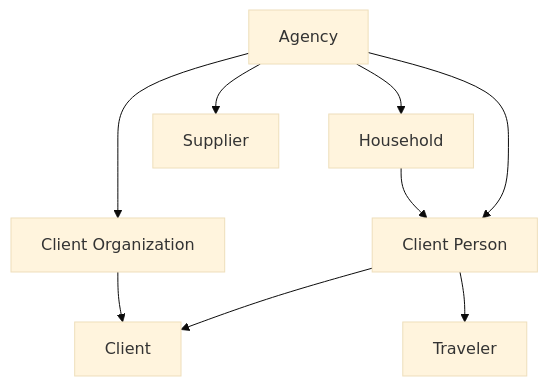
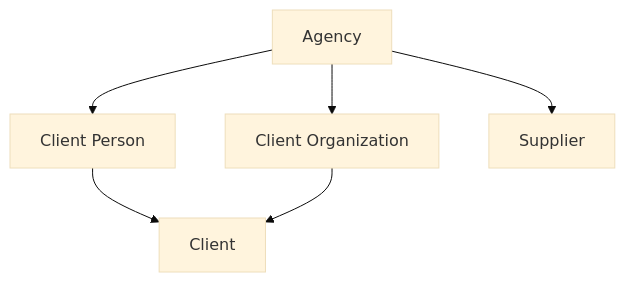
Before and after one commit to tswarren/DepartureDesk: the diagram in docs/planning/m1-client-and-supplier-directories.md, drawn with Mermaid (base theme). The commit also changed other lines of this file and 4 other files, not shown here.

````diff
--- a/docs/planning/m1-client-and-supplier-directories.md
+++ b/docs/planning/m1-client-and-supplier-directories.md
@@ -62,18 +81,13 @@
 ```mermaid
 flowchart TD
   agency[Agency]
   person[Client Person]
   organization[Client Organization]
   client[Client]
-  traveler[Traveler]
-  household[Household]
   supplier[Supplier]
   agency --> person
   agency --> organization
-  agency --> household
   agency --> supplier
   person --> client
   organization --> client
-  person --> traveler
-  household --> person
 ```
````
